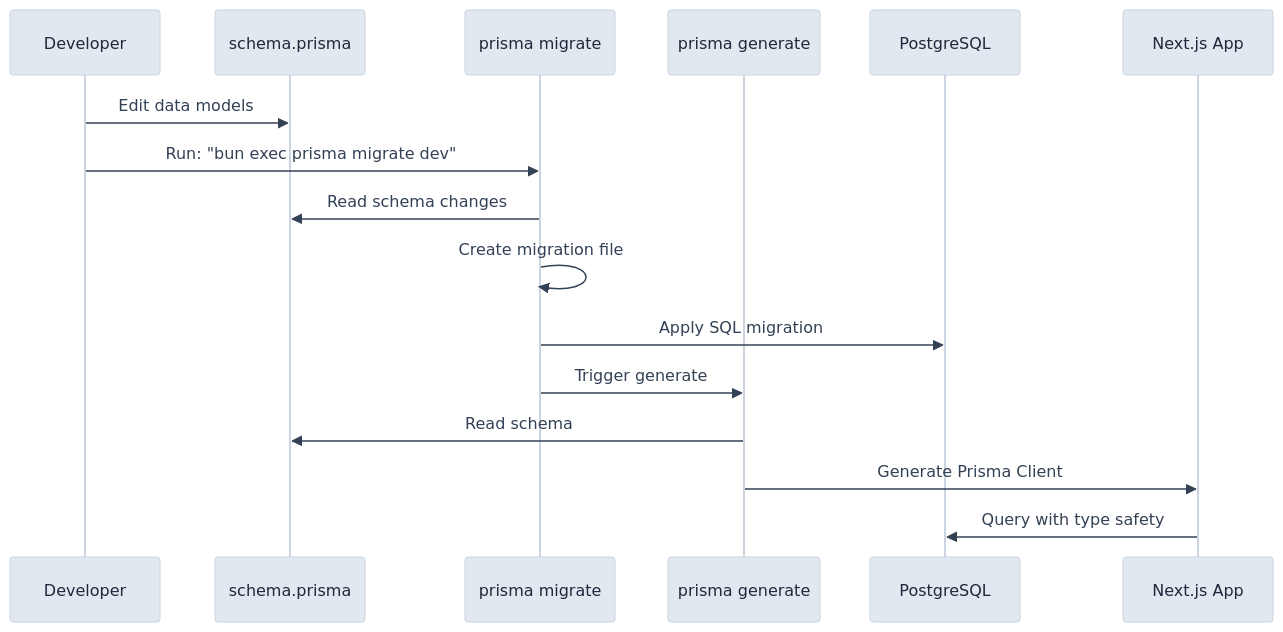
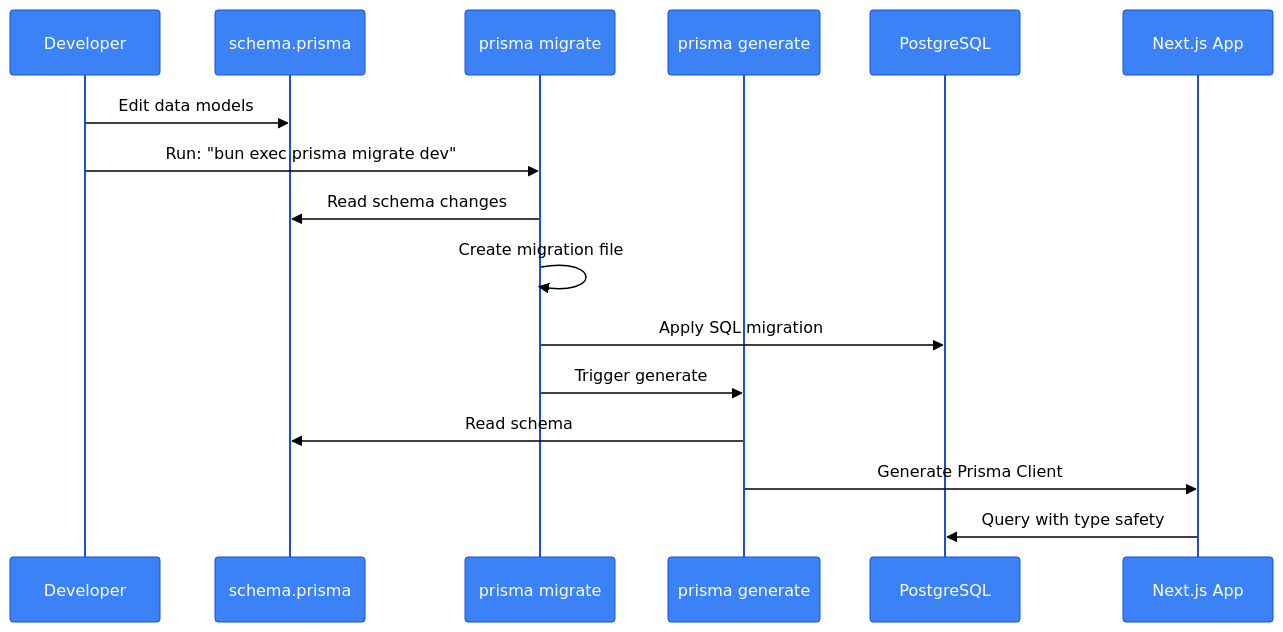
One commit to 3DHDSoft/devmultiplier-academy changed the second of 2 diagrams in doc/prisma-introduction.md. Above: the diagram before and after it, drawn with Mermaid. The commit also changed other lines of this file and 17 other files, not shown here.

````diff
--- a/doc/prisma-introduction.md
+++ b/doc/prisma-introduction.md
@@ -46,29 +54,38 @@
 ```mermaid
 %%{init: {'theme': 'base', 'themeVariables': {
-  'primaryColor': '#e2e8f0',
-  'primaryTextColor': '#1e293b',
-  'primaryBorderColor': '#cbd5e1',
-  'lineColor': '#94a3b8',
-  'secondaryColor': '#f1f5f9',
-  'tertiaryColor': '#f8fafc',
+  'primaryColor': '#3b82f6',
+  'primaryTextColor': '#000000',
+  'primaryBorderColor': '#1d4ed8',
+  'lineColor': '#000000',
+  'actorBkg': '#3b82f6',
+  'actorBorder': '#1d4ed8',
+  'actorTextColor': '#ffffff',
+  'signalColor': '#000000',
+  'signalTextColor': '#000000',
+  'noteBkgColor': '#f59e0b',
+  'noteTextColor': '#000000',
+  'noteBorderColor': '#d97706',
+  'activationBkgColor': '#22c55e',
+  'activationBorderColor': '#16a34a',
   'background': '#ffffff',
-  'textColor': '#334155',
+  'textColor': '#000000',
   'fontFamily': 'system-ui, -apple-system, sans-serif'
-}}}%%sequenceDiagram
+}}}%%
+sequenceDiagram
     participant Dev as Developer
     participant Schema as schema.prisma
     participant Migrate as prisma migrate
     participant Gen as prisma generate
     participant DB as PostgreSQL
     participant App as Next.js App
 
     Dev->>Schema: Edit data models
     Dev->>Migrate: Run: "bun exec prisma migrate dev"
     Migrate->>Schema: Read schema changes
     Migrate->>Migrate: Create migration file
     Migrate->>DB: Apply SQL migration
     Migrate->>Gen: Trigger generate
     Gen->>Schema: Read schema
     Gen->>App: Generate Prisma Client
     App->>DB: Query with type safety
 ```
````
